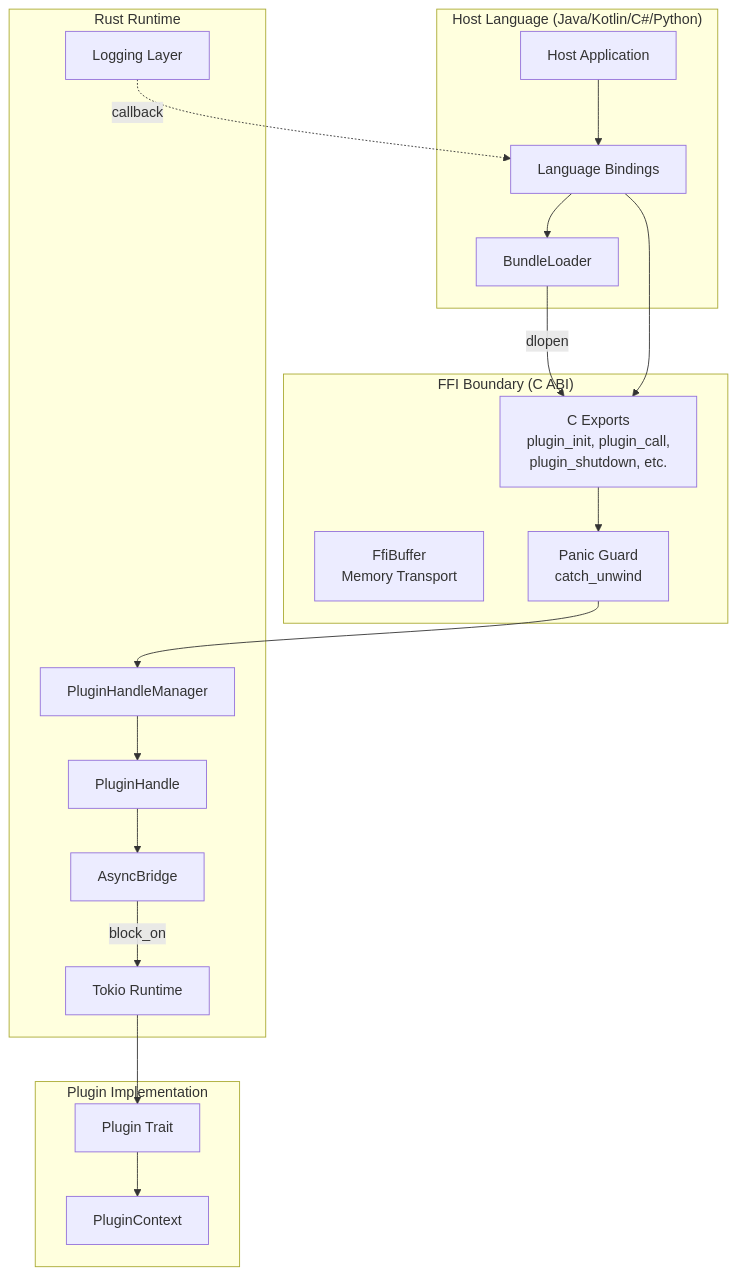
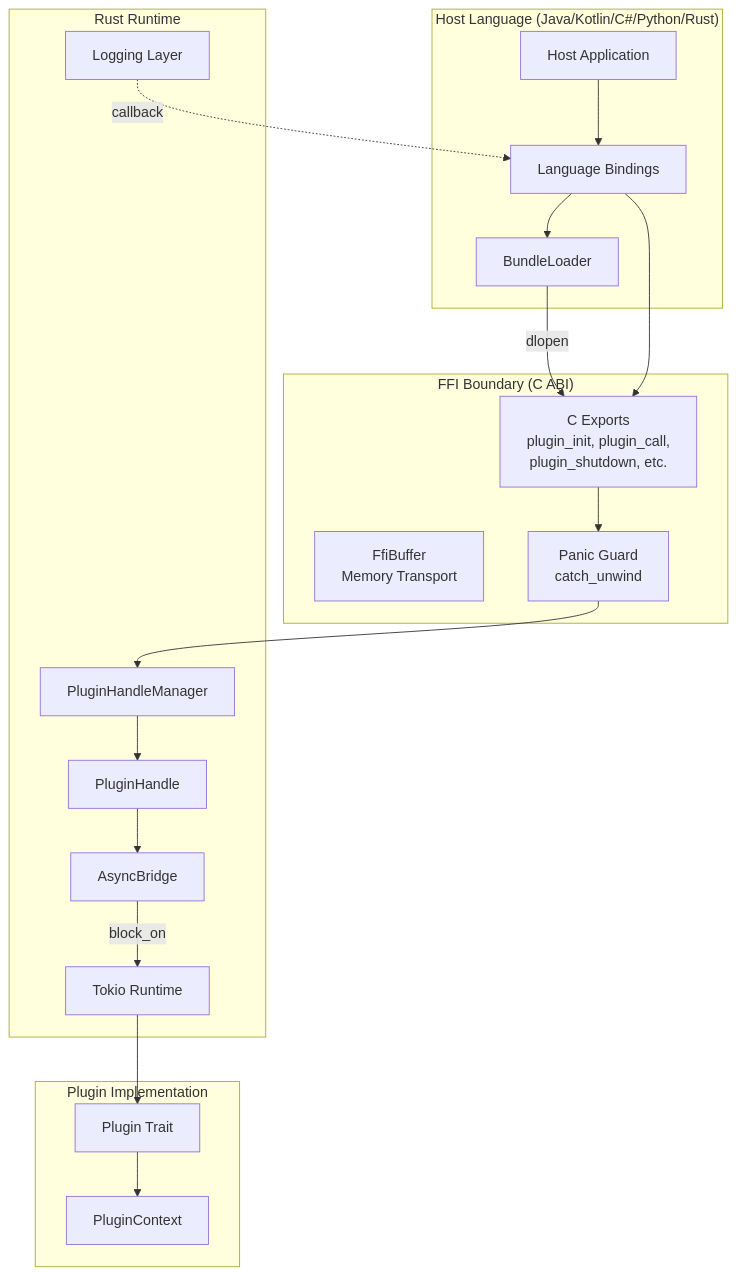
One commit to jrobhoward/rustbridge changed the first of 8 diagrams in docs/ARCHITECTURE.md. Above: the diagram before and after it, drawn with Mermaid. The commit also changed other lines of this file and 20 other files, not shown here.

````diff
--- a/docs/ARCHITECTURE.md
+++ b/docs/ARCHITECTURE.md
@@ -15,40 +15,40 @@
 ```mermaid
 flowchart TB
-    subgraph Host["Host Language (Java/Kotlin/C#/Python)"]
+    subgraph Host["Host Language (Java/Kotlin/C#/Python/Rust)"]
         HL[Host Application]
         LB[Language Bindings]
         BL[BundleLoader]
     end
 
     subgraph FFI["FFI Boundary (C ABI)"]
         EXP[C Exports<br/>plugin_init, plugin_call,<br/>plugin_shutdown, etc.]
         BUF[FfiBuffer<br/>Memory Transport]
         PG[Panic Guard<br/>catch_unwind]
     end
 
     subgraph Rust["Rust Runtime"]
         HM[PluginHandleManager]
         PH[PluginHandle]
         AB[AsyncBridge]
         RT[Tokio Runtime]
         LG[Logging Layer]
     end
 
     subgraph Plugin["Plugin Implementation"]
         PL[Plugin Trait]
         LC[PluginContext]
     end
 
     HL --> LB
     LB --> BL
     BL -->|dlopen| EXP
     LB --> EXP
     EXP --> PG
     PG --> HM
     HM --> PH
     PH --> AB
     AB -->|block_on| RT
     RT --> PL
     PL --> LC
     LG -.->|callback| LB
 ```
````
